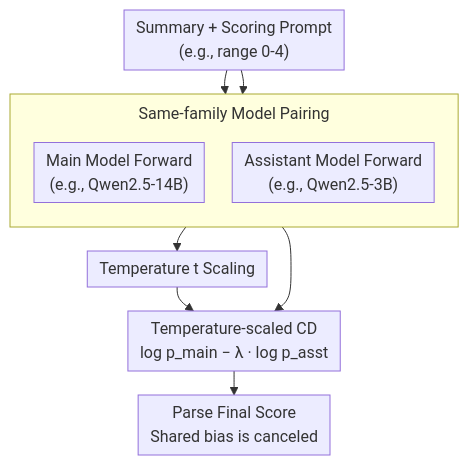
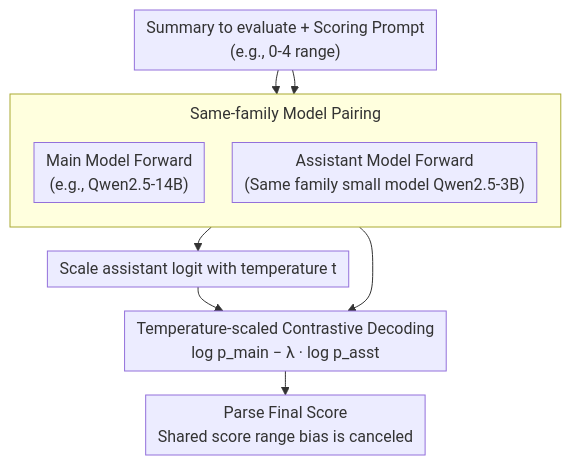
Before and after one commit to zhaoyang97/Paper-Notes-en: the diagram in docs/ACL2026/llm_evaluation/contrastive_decoding_mitigates_score_range_bias_in_llm-as-a-judge.md, drawn with Mermaid. The commit also changed other lines of this file and 5084 other files, not shown here.

````diff
--- a/docs/ACL2026/llm_evaluation/contrastive_decoding_mitigates_score_range_bias_in_llm-as-a-judge.md
+++ b/docs/ACL2026/llm_evaluation/contrastive_decoding_mitigates_score_range_bias_in_llm-as-a-judge.md
@@ -44,16 +44,16 @@
 ```mermaid
 %%{init: {'flowchart': {'rankSpacing': 24, 'nodeSpacing': 28, 'padding': 6, 'wrappingWidth': 400, 'subGraphTitleMargin': {'top': 8, 'bottom': 16}}}}%%
 flowchart TD
-    IN["Summary + Scoring Prompt<br/>(e.g., range 0-4)"]
+    IN["Summary to evaluate + Scoring Prompt<br/>(e.g., 0-4 range)"]
     subgraph PAIR["Same-family Model Pairing"]
         direction TB
         MAIN["Main Model Forward<br/>(e.g., Qwen2.5-14B)"]
-        ASST["Assistant Model Forward<br/>(e.g., Qwen2.5-3B)"]
+        ASST["Assistant Model Forward<br/>(Same family small model Qwen2.5-3B)"]
     end
     IN --> MAIN
     IN --> ASST
-    ASST --> SCALE["Temperature t Scaling"]
-    MAIN --> CD["Temperature-scaled CD<br/>log p_main − λ · log p_asst"]
+    ASST --> SCALE["Scale assistant logit with temperature t"]
+    MAIN --> CD["Temperature-scaled Contrastive Decoding<br/>log p_main − λ · log p_asst"]
     SCALE --> CD
-    CD --> OUT["Parse Final Score<br/>Shared bias is canceled"]
+    CD --> OUT["Parse Final Score<br/>Shared score range bias is canceled"]
 ```
````
